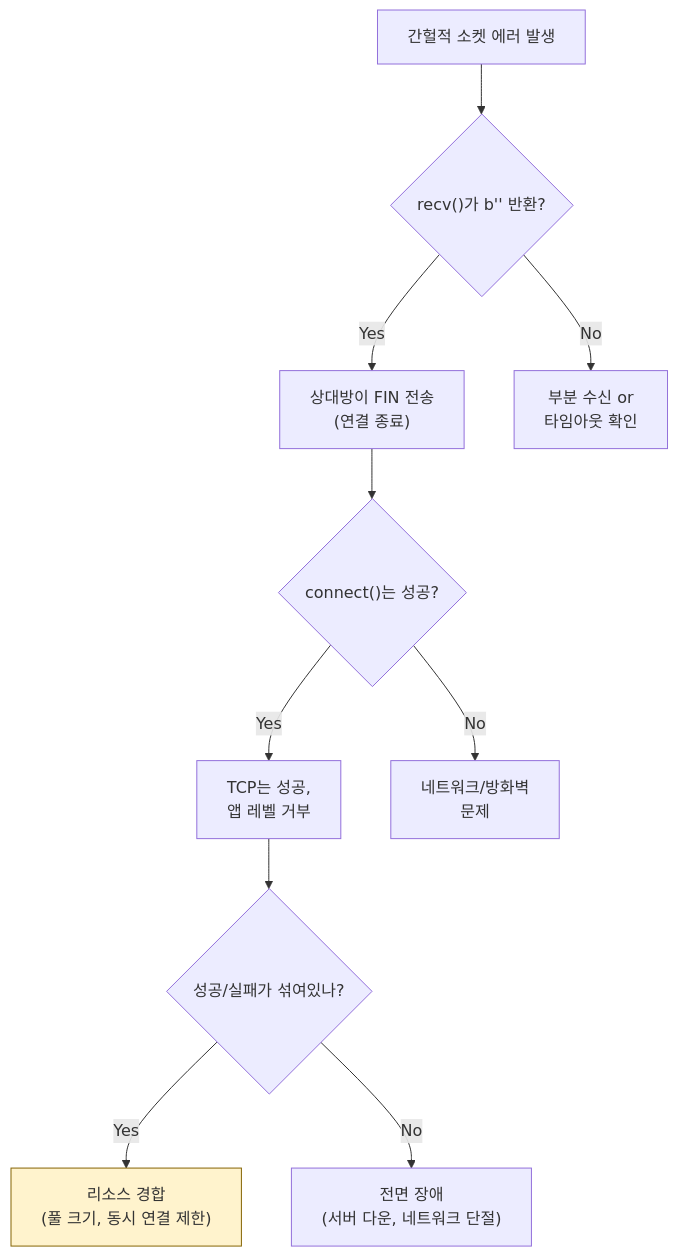
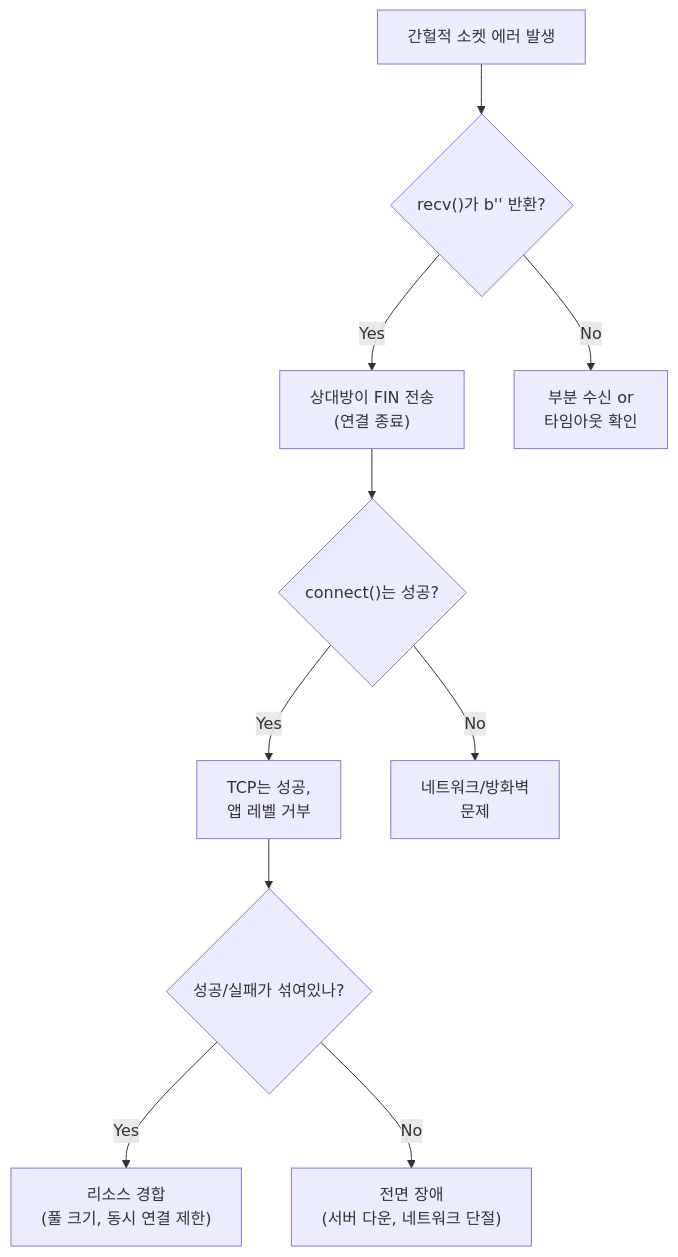
One commit to Gyubster/til changed the sixth of 6 diagrams in _posts/2025-10-22-python-소켓-recv-디버깅-빈-바이트-헤더의-원인-분석.md. Above: the diagram before and after it, drawn with Mermaid. The commit also changed other lines of this file and 13 other files, not shown here.

Commit message:
Mermaid 렌더링 수정: subgraph style 명령 제거

````diff
--- a/_posts/2025-10-22-python-소켓-recv-디버깅-빈-바이트-헤더의-원인-분석.md
+++ b/_posts/2025-10-22-python-소켓-recv-디버깅-빈-바이트-헤더의-원인-분석.md
@@ -185,16 +182,15 @@
 ```mermaid
 flowchart TD
     A["간헐적 소켓 에러 발생"] --> B{"recv()가 b'' 반환?"}
     B -->|Yes| C["상대방이 FIN 전송<br>(연결 종료)"]
     B -->|No| D["부분 수신 or<br>타임아웃 확인"]
     
     C --> E{"connect()는 성공?"}
     E -->|Yes| F["TCP는 성공,<br>앱 레벨 거부"]
     E -->|No| G["네트워크/방화벽<br>문제"]
     
     F --> H{"성공/실패가 섞여있나?"}
     H -->|Yes| I["리소스 경합<br>(풀 크기, 동시 연결 제한)"]
     H -->|No| J["전면 장애<br>(서버 다운, 네트워크 단절)"]
     
-    style I fill:#fff3cd,stroke:#856404
 ```
````
